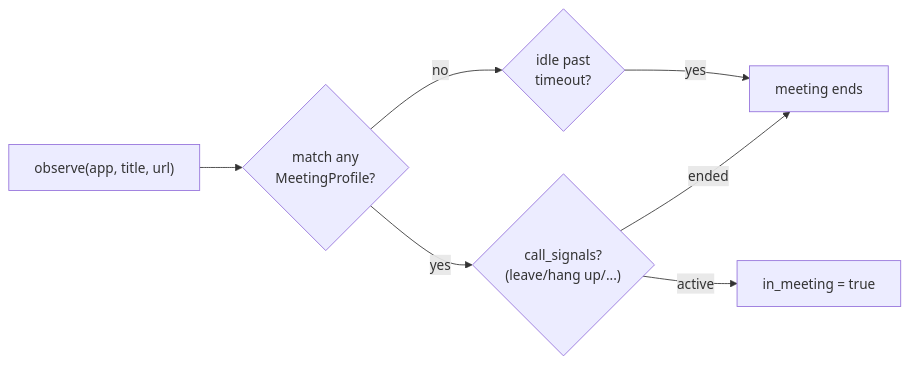
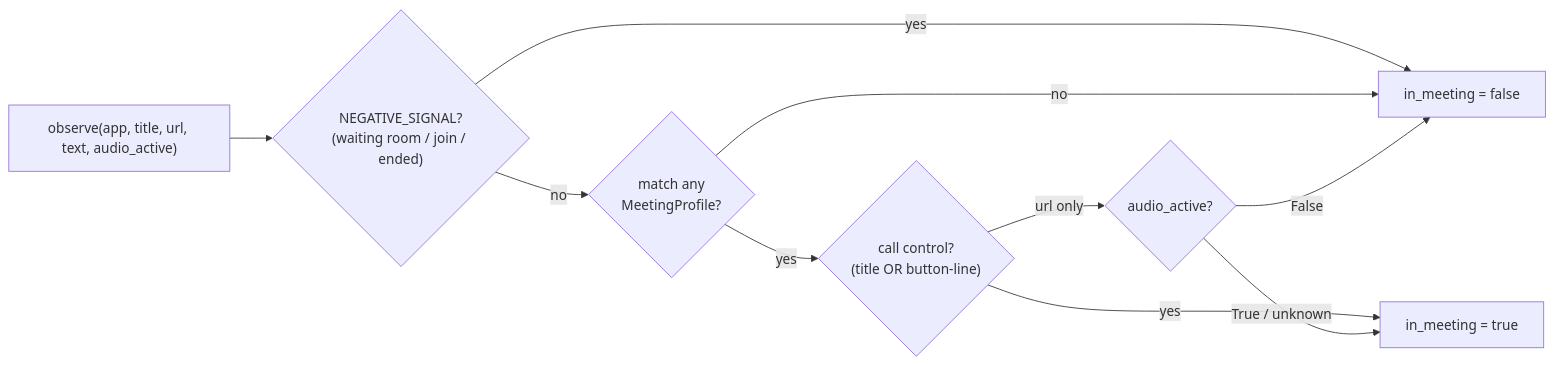
The diagram in docs/09-meeting-workflow.md (zhaohb/deskmate), drawn with Mermaid before and after one commit. The commit also changed other lines of this file and 3 other files, not shown here.

````diff
--- a/docs/09-meeting-workflow.md
+++ b/docs/09-meeting-workflow.md
@@ -17,9 +18,12 @@
 ```mermaid
 flowchart LR
-    OBS["observe(app, title, url)"] --> MATCH{"match any<br/>MeetingProfile?"}
-    MATCH -- yes --> SIG{"call_signals?<br/>(leave/hang up/...)"}
-    SIG -- ended --> END["meeting ends"]
-    SIG -- active --> ON["in_meeting = true"]
-    MATCH -- no --> IDLE{"idle past<br/>timeout?"}
-    IDLE -- yes --> END
+    OBS["observe(app, title, url, text, audio_active)"] --> VETO{"NEGATIVE_SIGNAL?<br/>(waiting room / join / ended)"}
+    VETO -- yes --> NO["in_meeting = false"]
+    VETO -- no --> MATCH{"match any<br/>MeetingProfile?"}
+    MATCH -- no --> NO
+    MATCH -- yes --> SIG{"call control?<br/>(title OR button-line)"}
+    SIG -- yes --> ON["in_meeting = true"]
+    SIG -- "url only" --> AUD{"audio_active?"}
+    AUD -- "True / unknown" --> ON
+    AUD -- False --> NO
 ```
````
